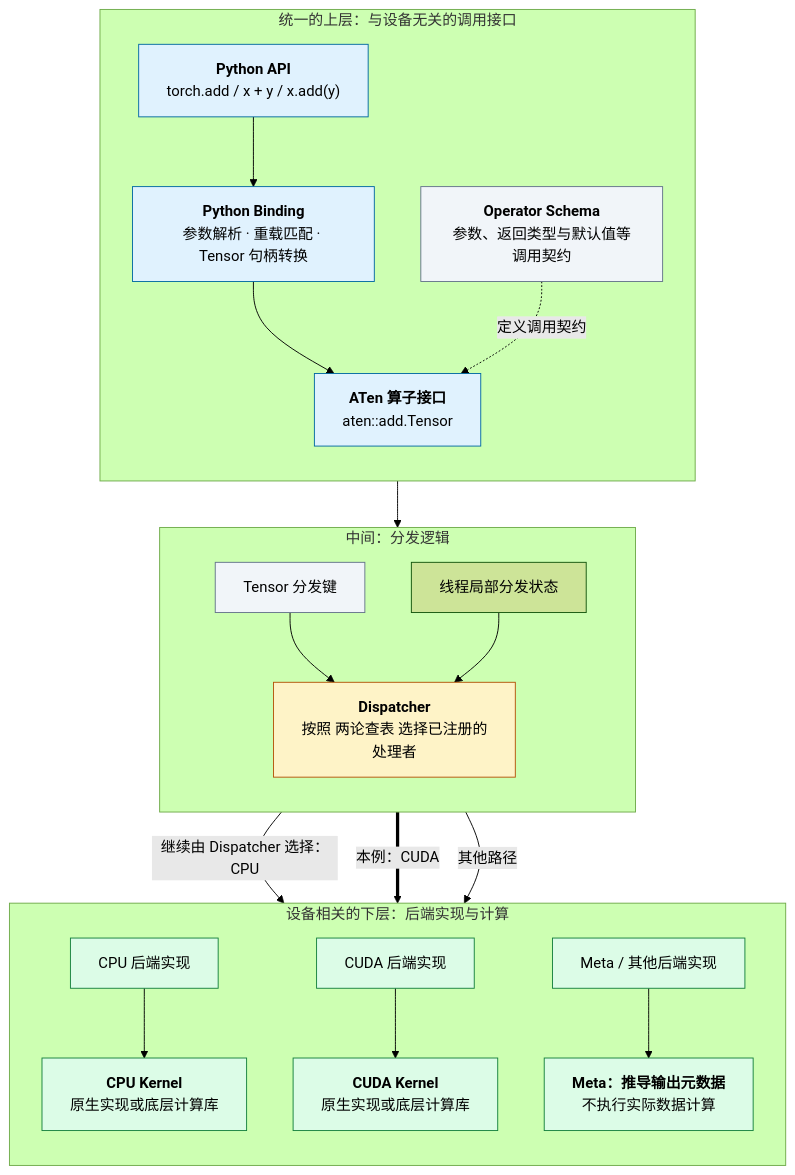
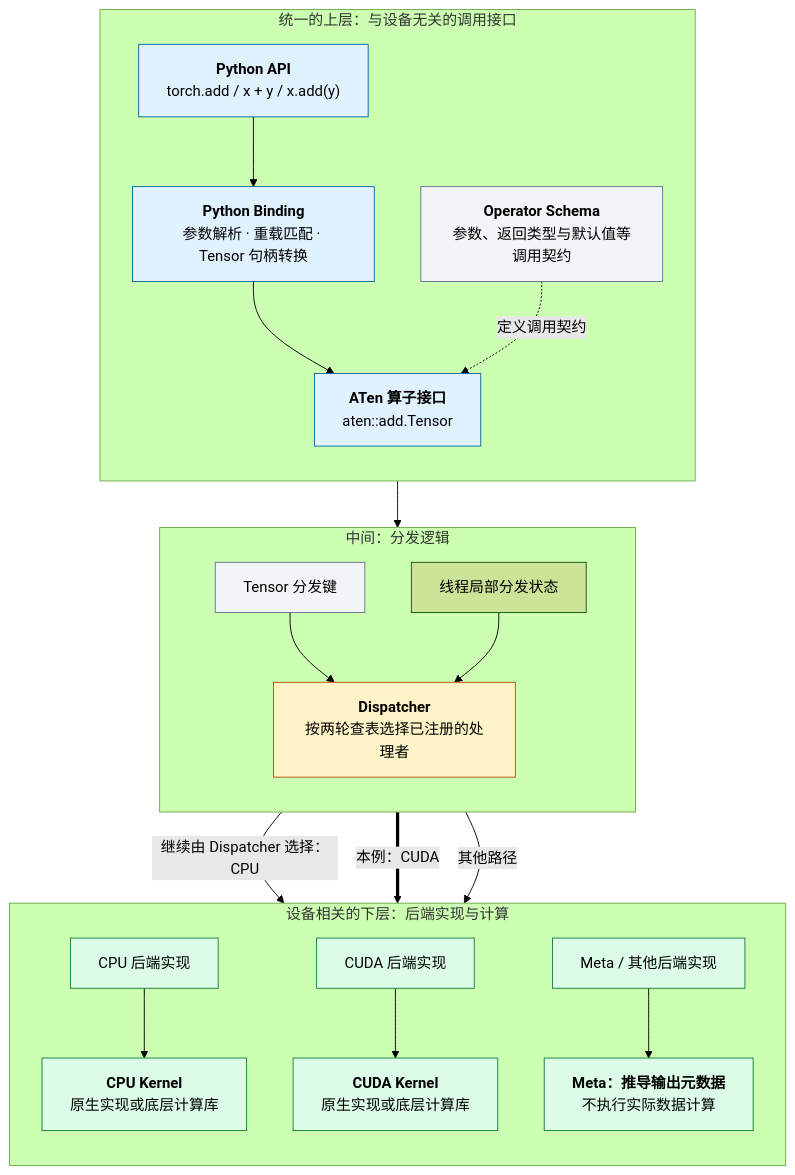
Before and after one commit to arganzheng/arganzheng.github.com: the third of 6 diagrams in _posts/2026-02-17-pytorch-overall-introduction.md, drawn with Mermaid (forest theme). The commit also changed other lines of this file and 12 other files, not shown here.

First line of the commit message:
PyTorch 系列：各篇开头补机制总览图，Java 章改为就近的「Java 经验参照」提示块，指引改为标题链接

````diff
--- a/_posts/2026-02-17-pytorch-overall-introduction.md
+++ b/_posts/2026-02-17-pytorch-overall-introduction.md
@@ -733,53 +773,53 @@
 ```mermaid
 flowchart TB
     subgraph UP["统一的上层：与设备无关的调用接口"]
         direction TB
         A["<b>Python API</b><br/>torch.add / x + y / x.add(y)"]
         B["<b>Python Binding</b><br/>参数解析 · 重载匹配 · Tensor 句柄转换"]
         C["<b>ATen 算子接口</b><br/>aten::add.Tensor"]
         S["<b>Operator Schema</b><br/>参数、返回类型与默认值等调用契约"]
 
         A --> B --> C
         S -.->|定义调用契约| C
     end
 
     subgraph MID["中间：分发逻辑"]
         direction TB
         K["Tensor 分发键"]
         T["线程局部分发状态"]
-        D["<b>Dispatcher</b><br/>按照 两论查表 选择已注册的处理者"]
+        D["<b>Dispatcher</b><br/>按两轮查表选择已注册的处理者"]
 
         K --> D
         T --> D
     end
 
     subgraph LOW["设备相关的下层：后端实现与计算"]
         direction TB
         CPU["CPU 后端实现"]
         CUDA["CUDA 后端实现"]
         META["Meta / 其他后端实现"]
 
         CK["<b>CPU Kernel</b><br/>原生实现或底层计算库"]
         GK["<b>CUDA Kernel</b><br/>原生实现或底层计算库"]
         MK["<b>Meta：推导输出元数据</b><br/>不执行实际数据计算"]
 
         CPU --> CK
         CUDA --> GK
         META --> MK
     end
 
     C --> D
     D -->|继续由 Dispatcher 选择：CPU| CPU
     D ==>|本例：CUDA| CUDA
     D -->|其他路径| META
 
     classDef api fill:#e0f2fe,stroke:#0369a1;
     classDef contract fill:#f1f5f9,stroke:#64748b;
     classDef dispatch fill:#fef3c7,stroke:#b45309;
     classDef compute fill:#dcfce7,stroke:#15803d;
 
     class A,B,C api;
     class S,K contract;
-    class D, dispatch;
+    class D dispatch;
     class CPU,CUDA,META,CK,GK,MK compute;
 ```
````
